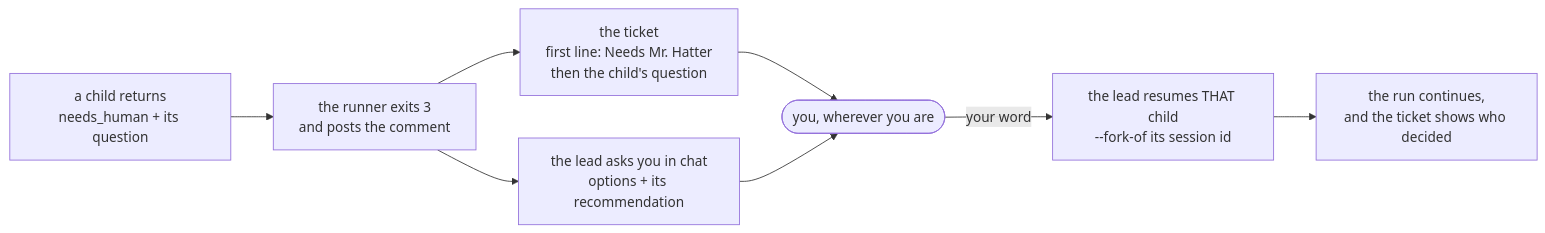
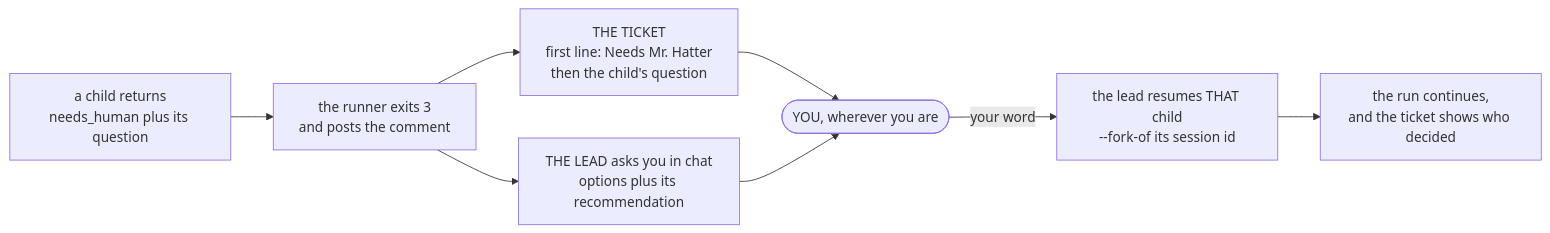
The fourth of 4 diagrams in docs/_scc_sops_prds/autopilot_SOP.md (sudomadhatter/Sudo_Hatter_Command), drawn with Mermaid before and after one commit. The commit also changed other lines of this file and 5 other files, not shown here.

````diff
--- a/docs/_scc_sops_prds/autopilot_SOP.md
+++ b/docs/_scc_sops_prds/autopilot_SOP.md
@@ -149,10 +211,10 @@
 ```mermaid
 flowchart LR
-    KID["a child returns\nneeds_human + its question"] --> RUN["the runner exits 3\nand posts the comment"]
-    RUN --> T["the ticket\nfirst line: Needs Mr. Hatter\nthen the child's question"]
-    RUN --> CHAT["the lead asks you in chat\noptions + its recommendation"]
-    T --> YOU(["you, wherever you are"])
+    KID["a child returns\nneeds_human plus its question"] --> RUN["the runner exits 3\nand posts the comment"]
+    RUN --> T["THE TICKET\nfirst line: Needs Mr. Hatter\nthen the child's question"]
+    RUN --> CHAT["THE LEAD asks you in chat\noptions plus its recommendation"]
+    T --> YOU(["YOU, wherever you are"])
     CHAT --> YOU
     YOU -->|"your word"| RESUME["the lead resumes THAT child\n--fork-of its session id"]
     RESUME --> ON["the run continues,\nand the ticket shows who decided"]
 ```
````
